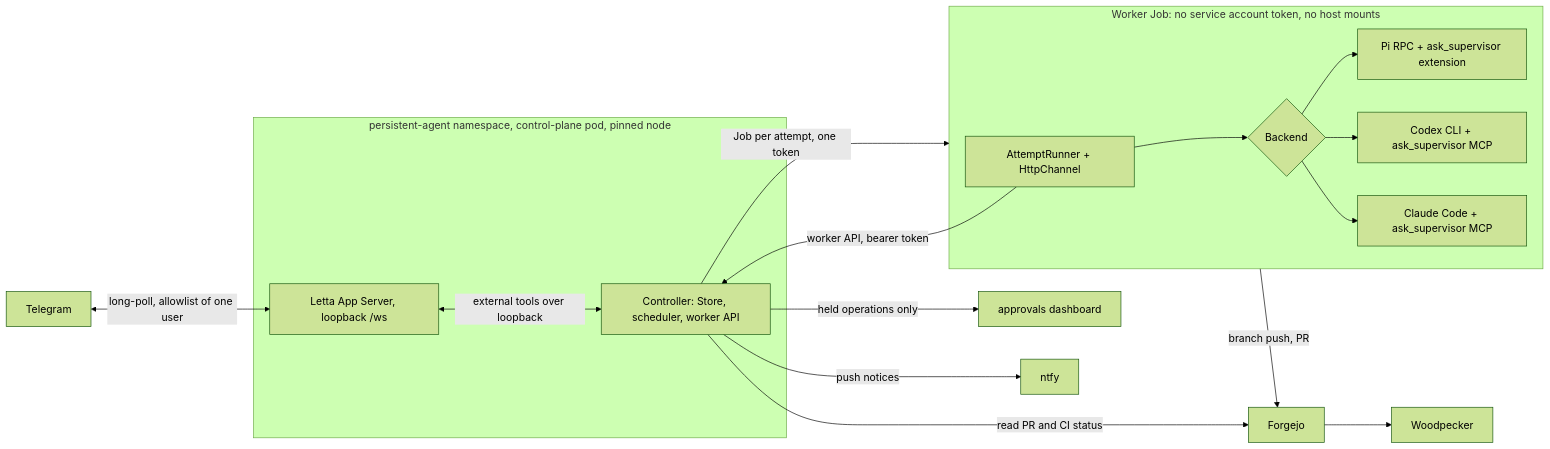
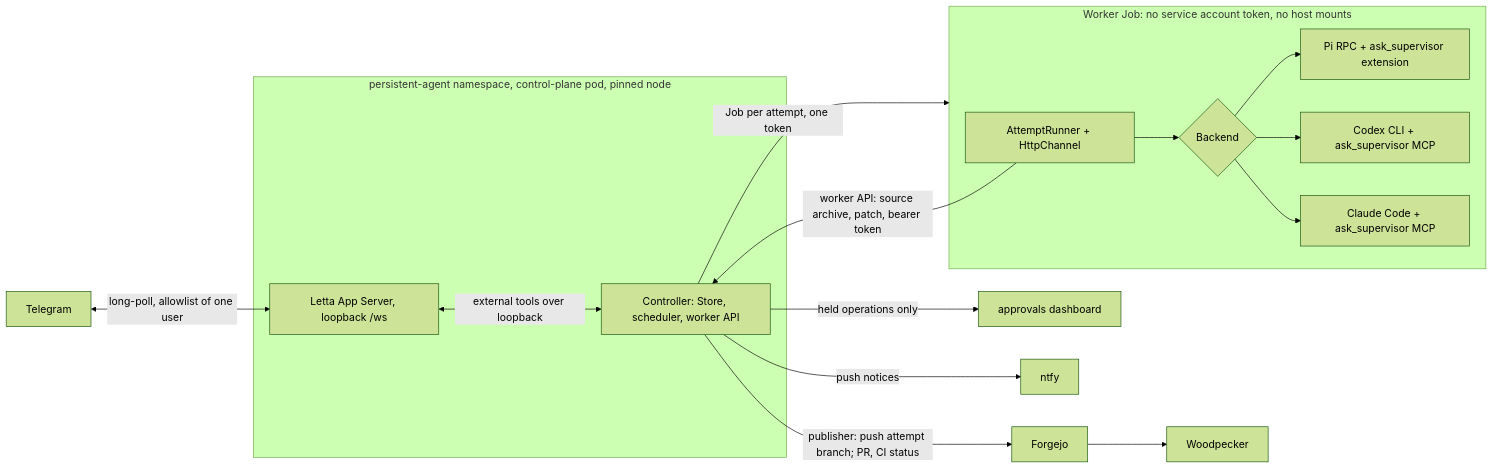
The diagram in docs/architecture/persistent-agent.md (JEFF7712/homelab), drawn with Mermaid (forest theme) before and after one commit. The commit also changed other lines of this file and 19 other files, not shown here.

First line of the commit message:
feat(orchestrator): publish worker patches through a trusted publisher

````diff
--- a/docs/architecture/persistent-agent.md
+++ b/docs/architecture/persistent-agent.md
@@ -25,22 +25,21 @@
 ```mermaid
 flowchart LR
   subgraph cp[persistent-agent namespace, control-plane pod, pinned node]
     L[Letta App Server, loopback /ws]
     C[Controller: Store, scheduler, worker API]
     L <-- external tools over loopback --> C
   end
   T[Telegram] <-- long-poll, allowlist of one user --> L
   C -- Job per attempt, one token --> W
   subgraph W[Worker Job: no service account token, no host mounts]
     R[AttemptRunner + HttpChannel] --> B{Backend}
     B --> Pi[Pi RPC + ask_supervisor extension]
     B --> CX[Codex CLI + ask_supervisor MCP]
     B --> CC[Claude Code + ask_supervisor MCP]
   end
-  R -- worker API, bearer token --> C
-  W -- branch push, PR --> F[Forgejo]
+  R -- worker API: source archive, patch, bearer token --> C
+  C -- publisher: push attempt branch; PR, CI status --> F[Forgejo]
   F --> WP[Woodpecker]
-  C -- read PR and CI status --> F
   C -- held operations only --> A[approvals dashboard]
   C -- push notices --> N[ntfy]
 ```
````
